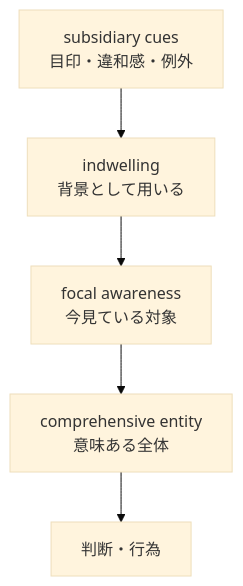
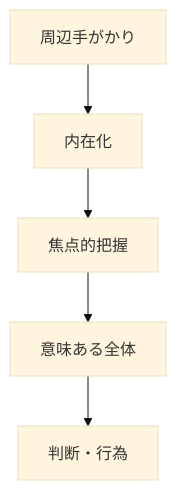
The second of 3 diagrams in src/content/blog/comprehensive-understanding-paraphrase-risk.mdx (daylight55/research), drawn with Mermaid (base theme) before and after one commit. The commit also changed other lines of this file and 20 other files, not shown here.

Commit message:
Mermaid図の表示サイズを調整

````diff
--- a/src/content/blog/comprehensive-understanding-paraphrase-risk.mdx
+++ b/src/content/blog/comprehensive-understanding-paraphrase-risk.mdx
@@ -71,7 +71,7 @@
 ```mermaid
 flowchart TB
-  S["subsidiary cues<br/>目印・違和感・例外"] --> I["indwelling<br/>背景として用いる"]
-  I --> F["focal awareness<br/>今見ている対象"]
-  F --> C["comprehensive entity<br/>意味ある全体"]
+  S["周辺手がかり"] --> I["内在化"]
+  I --> F["焦点的把握"]
+  F --> C["意味ある全体"]
   C --> J["判断・行為"]
 ```
````
